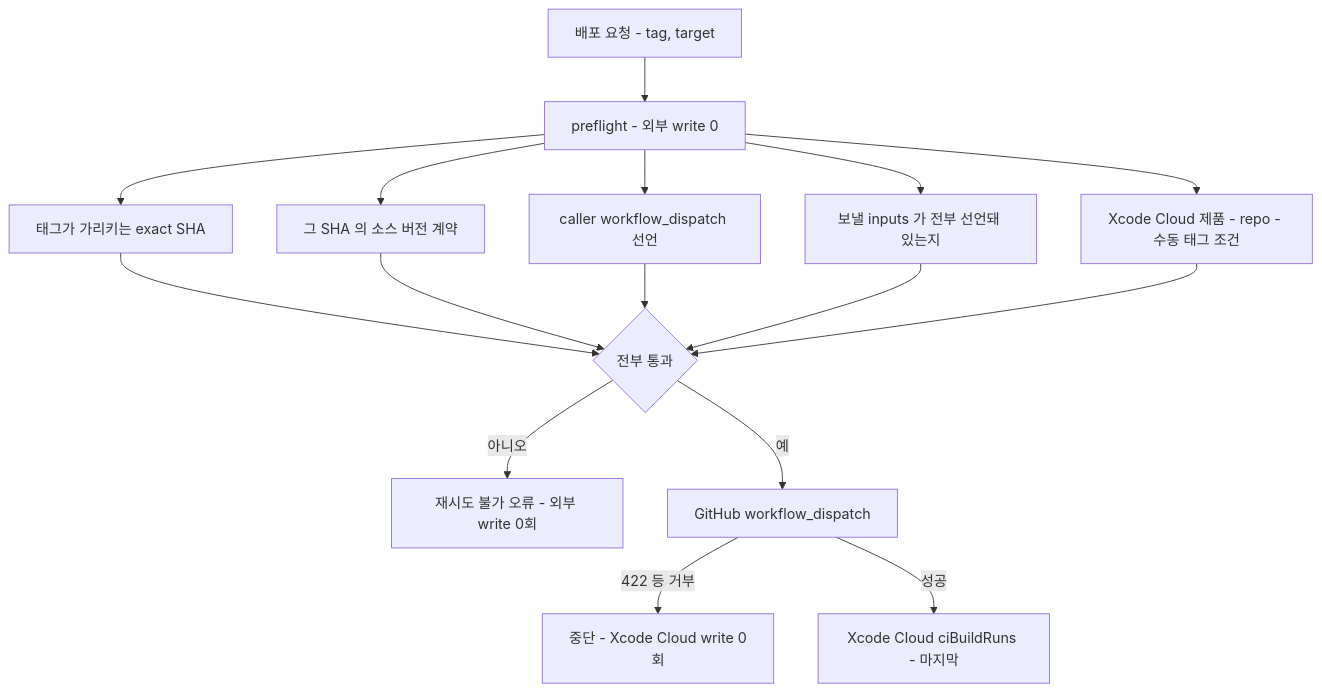
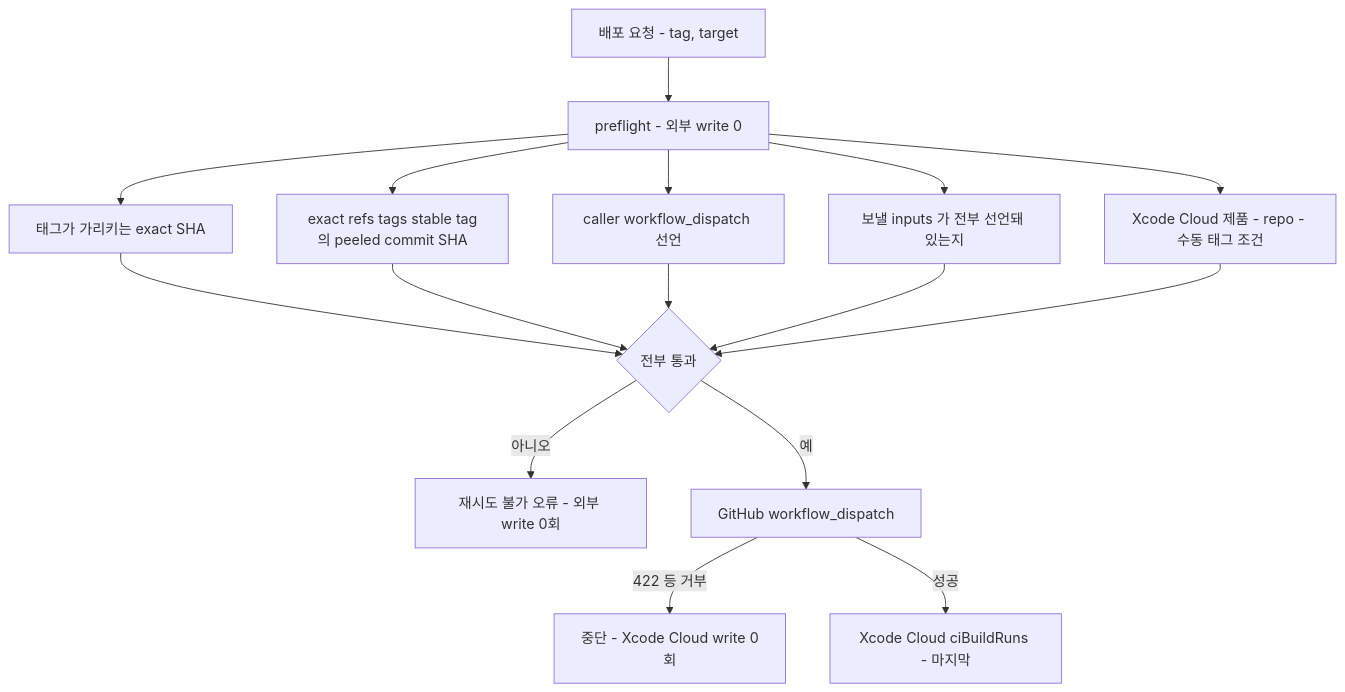
The first of 2 diagrams in docs/DEPLOY.md (seorilabs/seorilabs-backoffice), drawn with Mermaid before and after one commit. The commit also changed other lines of this file and 30 other files, not shown here.

````diff
--- a/docs/DEPLOY.md
+++ b/docs/DEPLOY.md
@@ -689,18 +689,18 @@
 ```mermaid
 flowchart TD
   A["배포 요청 - tag, target"] --> B["preflight - 외부 write 0"]
   B --> B1["태그가 가리키는 exact SHA"]
-  B --> B2["그 SHA 의 소스 버전 계약"]
+  B --> B2["exact refs tags stable tag의 peeled commit SHA"]
   B --> B3["caller workflow_dispatch 선언"]
   B --> B4["보낼 inputs 가 전부 선언돼 있는지"]
   B --> B5["Xcode Cloud 제품 - repo - 수동 태그 조건"]
   B1 --> C{"전부 통과"}
   B2 --> C
   B3 --> C
   B4 --> C
   B5 --> C
   C -- "아니오" --> X["재시도 불가 오류 - 외부 write 0회"]
   C -- "예" --> D["GitHub workflow_dispatch"]
   D -- "422 등 거부" --> X2["중단 - Xcode Cloud write 0회"]
   D -- "성공" --> E["Xcode Cloud ciBuildRuns - 마지막"]
 ```
````
